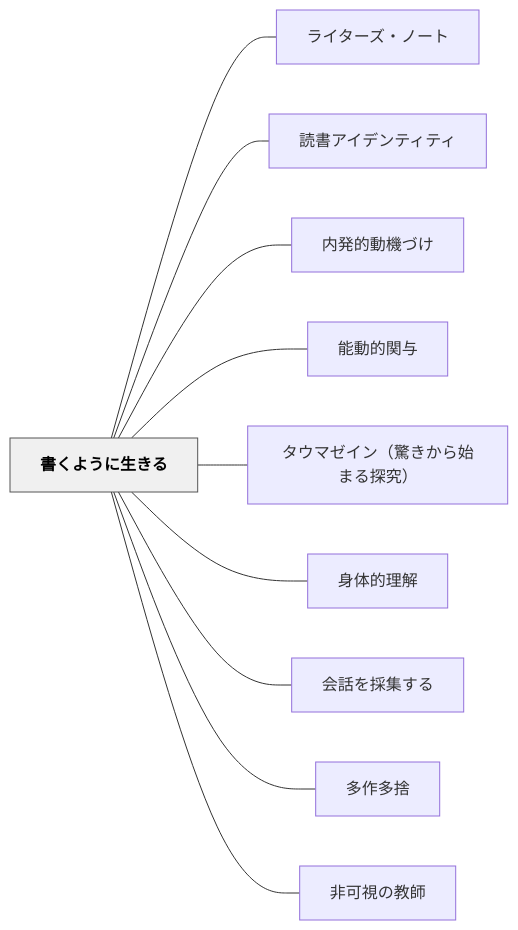
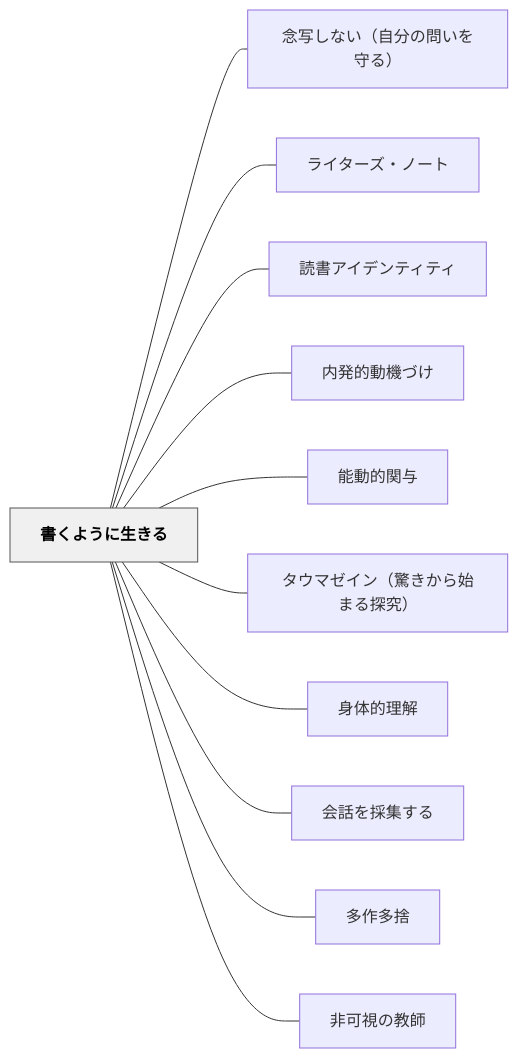
The diagram in content/パタン/書くように生きる.md (unknownthings-ed-patterns/unknownthings-ed-patterns), drawn with Mermaid before and after one commit. The commit also changed other lines of this file and 185 other files, not shown here.

````diff
--- a/content/パタン/書くように生きる.md
+++ b/content/パタン/書くように生きる.md
@@ -207,26 +208,28 @@
 ```mermaid
 flowchart LR
     ne69bb8e3818fe38288e38186e381abe7949fe3818de3828b["書くように生きる"]
+    ne5bfb5e58699e38197e381aae38184efbc88e887aae58886e381aee5958fe38184e38292e5ae88e3828befbc89["念写しない（自分の問いを守る）"]
     ne383a9e382a4e382bfe383bce382bae383bbe3838ee383bce38388["ライターズ・ノート"]
     ne8aaade69bb8e382a2e382a4e38387e383b3e38386e382a3e38386e382a3["読書アイデンティティ"]
     ne58685e799bae79a84e58b95e6a99fe381a5e38191["内発的動機づけ"]
     ne883bde58b95e79a84e996a2e4b88e["能動的関与"]
     ne382bfe382a6e3839ee382bce382a4e383b3efbc88e9a99ae3818de3818be38289e5a78be381bee3828be68ea2e7a9b6efbc89["タウマゼイン（驚きから始まる探究）"]
     ne8baabe4bd93e79a84e79086e8a7a3["身体的理解"]
     ne4bc9ae8a9b1e38292e68ea1e99b86e38199e3828b["会話を採集する"]
     ne5a49ae4bd9ce5a49ae68da8["多作多捨"]
     ne99d9ee58fafe8a696e381aee69599e5b8ab["非可視の教師"]
 
+    ne69bb8e3818fe38288e38186e381abe7949fe3818de3828b --- ne5bfb5e58699e38197e381aae38184efbc88e887aae58886e381aee5958fe38184e38292e5ae88e3828befbc89
     ne69bb8e3818fe38288e38186e381abe7949fe3818de3828b --- ne383a9e382a4e382bfe383bce382bae383bbe3838ee383bce38388
     ne69bb8e3818fe38288e38186e381abe7949fe3818de3828b --- ne8aaade69bb8e382a2e382a4e38387e383b3e38386e382a3e38386e382a3
     ne69bb8e3818fe38288e38186e381abe7949fe3818de3828b --- ne58685e799bae79a84e58b95e6a99fe381a5e38191
     ne69bb8e3818fe38288e38186e381abe7949fe3818de3828b --- ne883bde58b95e79a84e996a2e4b88e
     ne69bb8e3818fe38288e38186e381abe7949fe3818de3828b --- ne382bfe382a6e3839ee382bce382a4e383b3efbc88e9a99ae3818de3818be38289e5a78be381bee3828be68ea2e7a9b6efbc89
     ne69bb8e3818fe38288e38186e381abe7949fe3818de3828b --- ne8baabe4bd93e79a84e79086e8a7a3
     ne69bb8e3818fe38288e38186e381abe7949fe3818de3828b --- ne4bc9ae8a9b1e38292e68ea1e99b86e38199e3828b
     ne69bb8e3818fe38288e38186e381abe7949fe3818de3828b --- ne5a49ae4bd9ce5a49ae68da8
     ne69bb8e3818fe38288e38186e381abe7949fe3818de3828b --- ne99d9ee58fafe8a696e381aee69599e5b8ab
 
     classDef hub fill:#f0f0f0,stroke:#555,color:#000,font-weight:bold
     class ne69bb8e3818fe38288e38186e381abe7949fe3818de3828b hub
 ```
````
